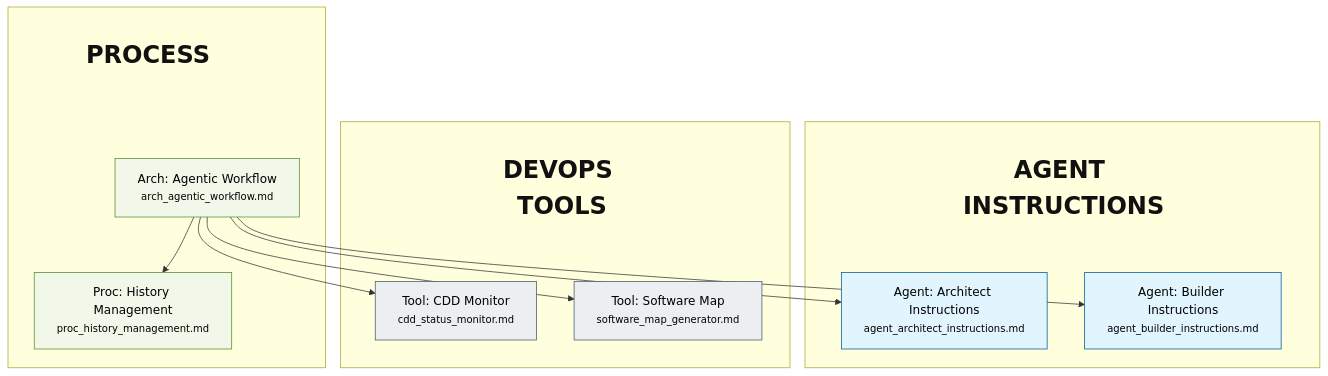
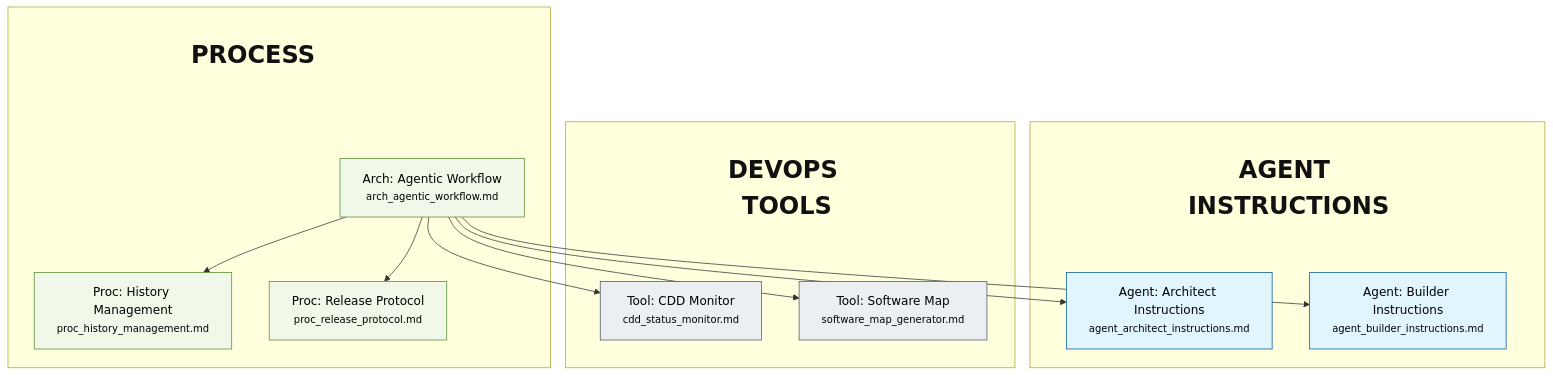
The diagram in agentic_devops/tools/feature_graph_agentic.mmd (rlabarca/LPad), drawn with Mermaid before and after one commit. The commit also changed 6 other files, not shown here.

Commit message:
feat(devops): implement synchronized dual-domain release protocol [Complete agentic_devops/features/proc_release_protocol.md]

```diff
--- a/agentic_devops/tools/feature_graph_agentic.mmd
+++ b/agentic_devops/tools/feature_graph_agentic.mmd
@@ -1,53 +1,57 @@
 flowchart TD
 
 
     subgraph Agent_Instructions [" "]
         title_Agent_Instructions["AGENT INSTRUCTIONS"]
         agent_architect_instructions["Agent: Architect Instructions<br/><small>agent_architect_instructions.md</small>"]
         title_Agent_Instructions ~~~ agent_architect_instructions
         agent_builder_instructions["Agent: Builder Instructions<br/><small>agent_builder_instructions.md</small>"]
         title_Agent_Instructions ~~~ agent_builder_instructions
     end
 
     subgraph DevOps_Tools [" "]
         title_DevOps_Tools["DEVOPS TOOLS"]
         cdd_status_monitor["Tool: CDD Monitor<br/><small>cdd_status_monitor.md</small>"]
         title_DevOps_Tools ~~~ cdd_status_monitor
         software_map_generator["Tool: Software Map<br/><small>software_map_generator.md</small>"]
         title_DevOps_Tools ~~~ software_map_generator
     end
 
     subgraph Process [" "]
         title_Process["PROCESS"]
         arch_agentic_workflow["Arch: Agentic Workflow<br/><small>arch_agentic_workflow.md</small>"]
         title_Process ~~~ arch_agentic_workflow
         proc_history_management["Proc: History Management<br/><small>proc_history_management.md</small>"]
         title_Process ~~~ proc_history_management
+        proc_release_protocol["Proc: Release Protocol<br/><small>proc_release_protocol.md</small>"]
+        title_Process ~~~ proc_release_protocol
     end
 
     %% Relationships
     arch_agentic_workflow --> agent_architect_instructions
     arch_agentic_workflow --> agent_builder_instructions
     arch_agentic_workflow --> cdd_status_monitor
     arch_agentic_workflow --> proc_history_management
+    arch_agentic_workflow --> proc_release_protocol
     arch_agentic_workflow --> software_map_generator
 
     %% Styling Definitions
     classDef default fill:#e1f5fe,stroke:#01579b,stroke-width:1px,color:black;
     classDef release fill:#f96,stroke:#333,stroke-width:2px,color:black,font-weight:bold;
     classDef hardware fill:#e8f5e9,stroke:#2e7d32,stroke-width:1px,color:black;
     classDef ui fill:#f3e5f5,stroke:#7b1fa2,stroke-width:1px,color:black;
     classDef app fill:#fff3e0,stroke:#e65100,stroke-width:1px,color:black;
     classDef graphics fill:#e0f7fa,stroke:#006064,stroke-width:1px,color:black;
     classDef process fill:#f1f8e9,stroke:#558b2f,stroke-width:1px,color:black;
     classDef devops fill:#eceff1,stroke:#455a64,stroke-width:1px,color:black;
     classDef subgraphTitle fill:none,stroke:none,color:#111,font-size:32px,font-weight:bold;
 
     %% Style Applications
     class title_Agent_Instructions subgraphTitle;
     class title_DevOps_Tools subgraphTitle;
     class cdd_status_monitor devops;
     class software_map_generator devops;
     class title_Process subgraphTitle;
     class arch_agentic_workflow process;
     class proc_history_management process;
+    class proc_release_protocol process;
```
